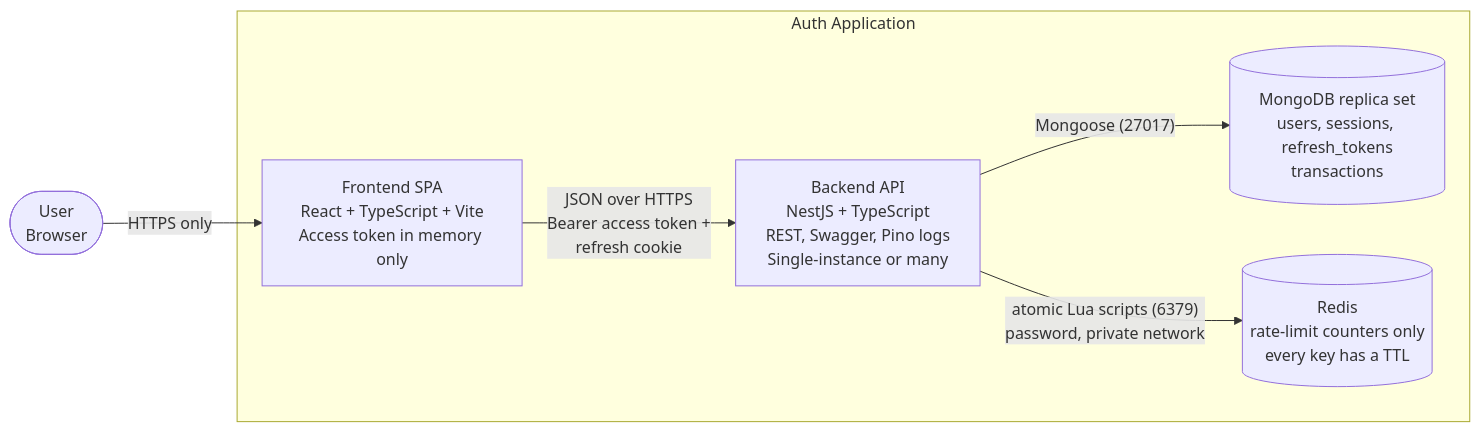
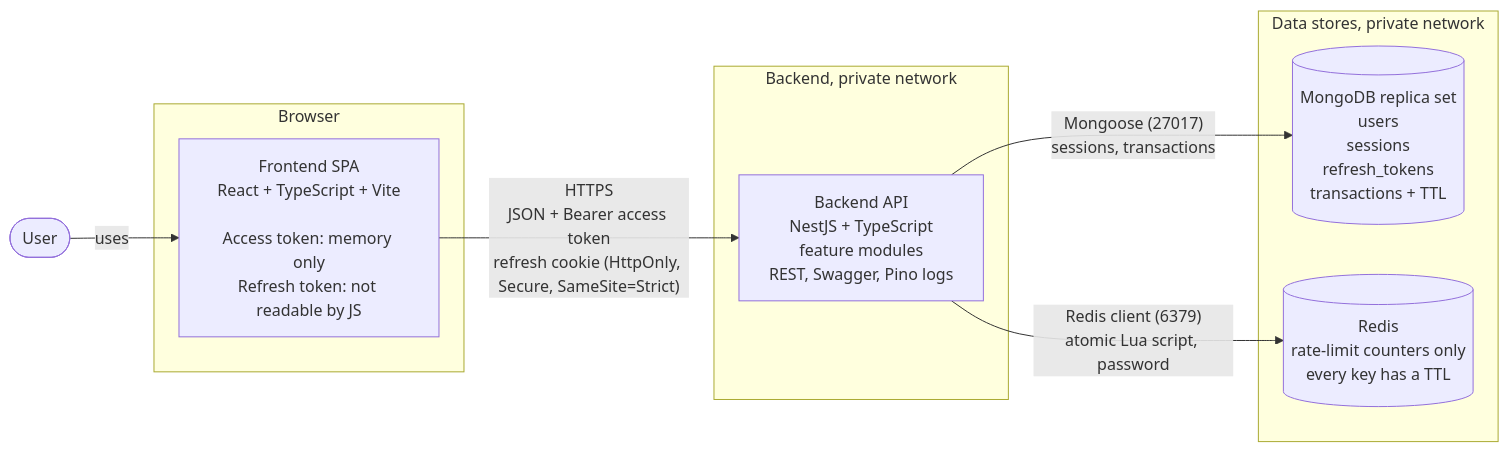
The first of 6 diagrams in docs/architecture/c2-container.md (Rowan-habashy/easyGenerator-auth), drawn with Mermaid before and after one commit. The commit also changed other lines of this file and 4 other files, not shown here.

Commit message:
Implement databse ERD

````diff
--- a/docs/architecture/c2-container.md
+++ b/docs/architecture/c2-container.md
@@ -3,16 +5,22 @@
 ```mermaid
 flowchart LR
-    user([User<br/>Browser])
+    user([User])
 
-    subgraph system[Auth Application]
-        spa["Frontend SPA<br/>React + TypeScript + Vite<br/>Access token in memory only"]
-        api["Backend API<br/>NestJS + TypeScript<br/>REST, Swagger, Pino logs<br/>Single-instance or many"]
-        db[("MongoDB replica set<br/>users, sessions, refresh_tokens<br/>transactions")]
+    subgraph browser[Browser]
+        spa["Frontend SPA<br/>React + TypeScript + Vite<br/><br/>Access token: memory only<br/>Refresh token: not readable by JS"]
+    end
+
+    subgraph backend[Backend, private network]
+        api["Backend API<br/>NestJS + TypeScript<br/>feature modules<br/>REST, Swagger, Pino logs"]
+    end
+
+    subgraph data[Data stores, private network]
+        mongo[("MongoDB replica set<br/>users<br/>sessions<br/>refresh_tokens<br/>transactions + TTL")]
         redis[("Redis<br/>rate-limit counters only<br/>every key has a TTL")]
     end
 
-    user -- "HTTPS only" --> spa
-    spa -- "JSON over HTTPS<br/>Bearer access token +<br/>refresh cookie" --> api
-    api -- "Mongoose (27017)" --> db
-    api -- "atomic Lua scripts (6379)<br/>password, private network" --> redis
+    user -- "uses" --> spa
+    spa -- "HTTPS<br/>JSON + Bearer access token<br/>refresh cookie (HttpOnly, Secure, SameSite=Strict)" --> api
+    api -- "Mongoose (27017)<br/>sessions, transactions" --> mongo
+    api -- "Redis client (6379)<br/>atomic Lua script, password" --> redis
 ```
````
